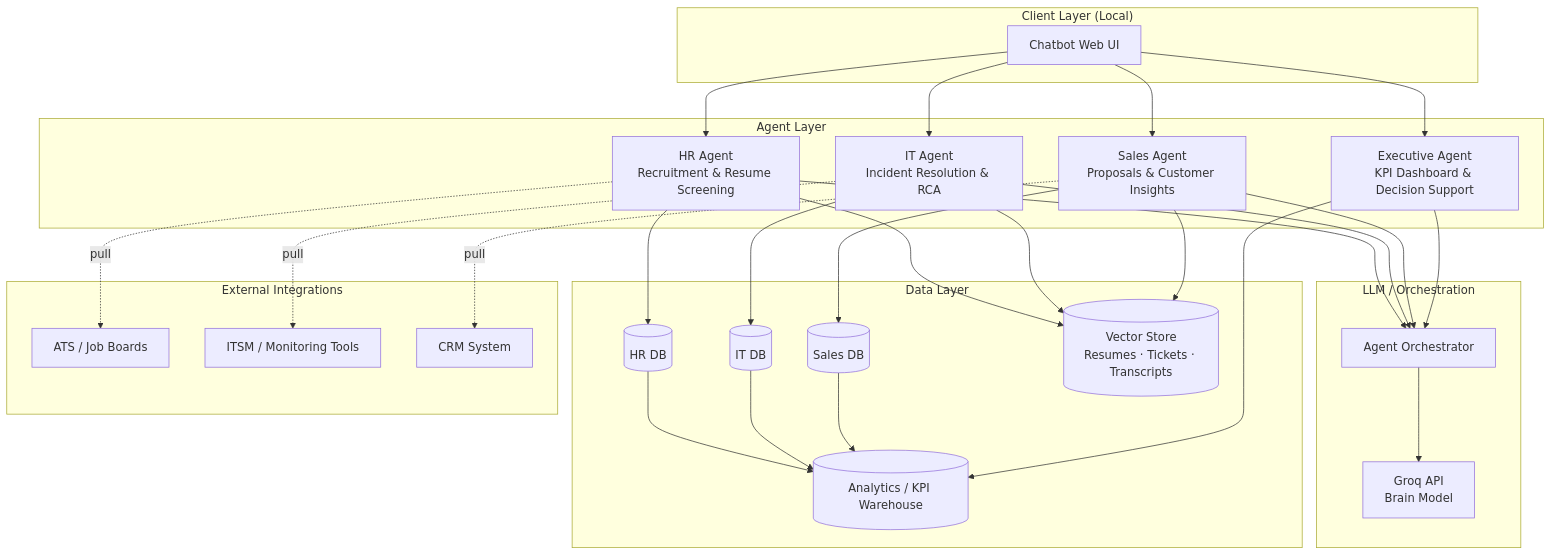
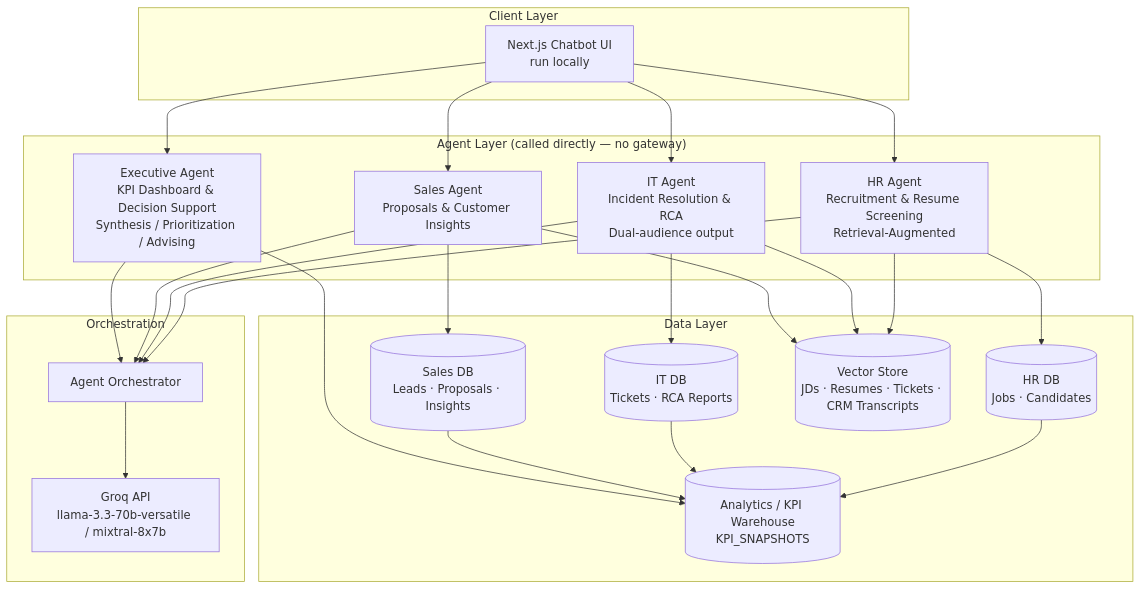
The first of 7 diagrams in README.md (HarshSinha-1/Multi_agent_orchestration_purposive), drawn with Mermaid before and after one commit. The commit also changed other lines of this file, not shown here.

````diff
--- a/README.md
+++ b/README.md
@@ -28,56 +26,47 @@
 ```mermaid
 flowchart TB
-    subgraph Client["Client Layer (Local)"]
-        UI[Chatbot Web UI]
+    subgraph Client["Client Layer"]
+        UI[Next.js Chatbot UI<br/>run locally]
     end
 
-    subgraph Agents["Agent Layer"]
-        HR[HR Agent<br/>Recruitment & Resume Screening]
-        IT[IT Agent<br/>Incident Resolution & RCA]
+    subgraph Agents["Agent Layer (called directly — no gateway)"]
+        HR[HR Agent<br/>Recruitment & Resume Screening<br/>Retrieval-Augmented]
+        IT[IT Agent<br/>Incident Resolution & RCA<br/>Dual-audience output]
         SALES[Sales Agent<br/>Proposals & Customer Insights]
-        EXEC[Executive Agent<br/>KPI Dashboard & Decision Support]
+        EXEC[Executive Agent<br/>KPI Dashboard & Decision Support<br/>Synthesis / Prioritization / Advising]
     end
 
-    subgraph LLM["LLM / Orchestration"]
+    subgraph Orch["Orchestration"]
         ORCH[Agent Orchestrator]
-        MODEL[Groq API<br/>Brain Model]
+        GROQ[Groq API<br/>llama-3.3-70b-versatile / mixtral-8x7b]
     end
 
     subgraph Data["Data Layer"]
-        HRDB[(HR DB)]
-        ITDB[(IT DB)]
-        SALESDB[(Sales DB)]
-        ANALYTICS[(Analytics / KPI Warehouse)]
-        VSTORE[(Vector Store<br/>Resumes · Tickets · Transcripts)]
-    end
-
-    subgraph Ext["External Integrations"]
-        ATS[ATS / Job Boards]
-        ITSM[ITSM / Monitoring Tools]
-        CRM[CRM System]
+        HRDB[(HR DB<br/>Jobs · Candidates)]
+        ITDB[(IT DB<br/>Tickets · RCA Reports)]
+        SALESDB[(Sales DB<br/>Leads · Proposals · Insights)]
+        ANALYTICS[(Analytics / KPI Warehouse<br/>KPI_SNAPSHOTS)]
+        VSTORE[(Vector Store<br/>JDs · Resumes · Tickets · CRM Transcripts)]
     end
 
     UI --> HR & IT & SALES & EXEC
     HR --> ORCH
     IT --> ORCH
     SALES --> ORCH
     EXEC --> ORCH
-    ORCH --> MODEL
+    ORCH --> GROQ
 
     HR --> HRDB
     HR --> VSTORE
-    HR -.pull.-> ATS
 
     IT --> ITDB
     IT --> VSTORE
-    IT -.pull.-> ITSM
 
     SALES --> SALESDB
     SALES --> VSTORE
-    SALES -.pull.-> CRM
 
     HRDB --> ANALYTICS
     ITDB --> ANALYTICS
     SALESDB --> ANALYTICS
     EXEC --> ANALYTICS
 ```
````
